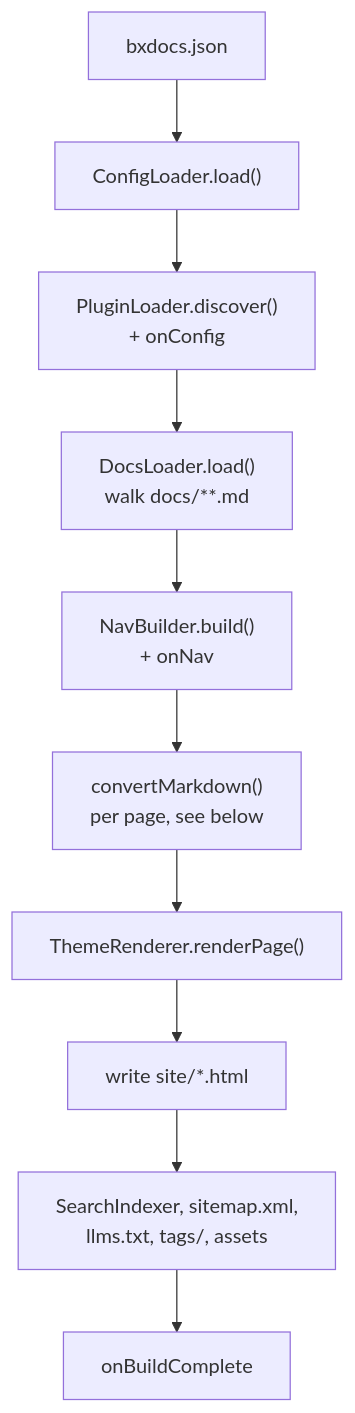
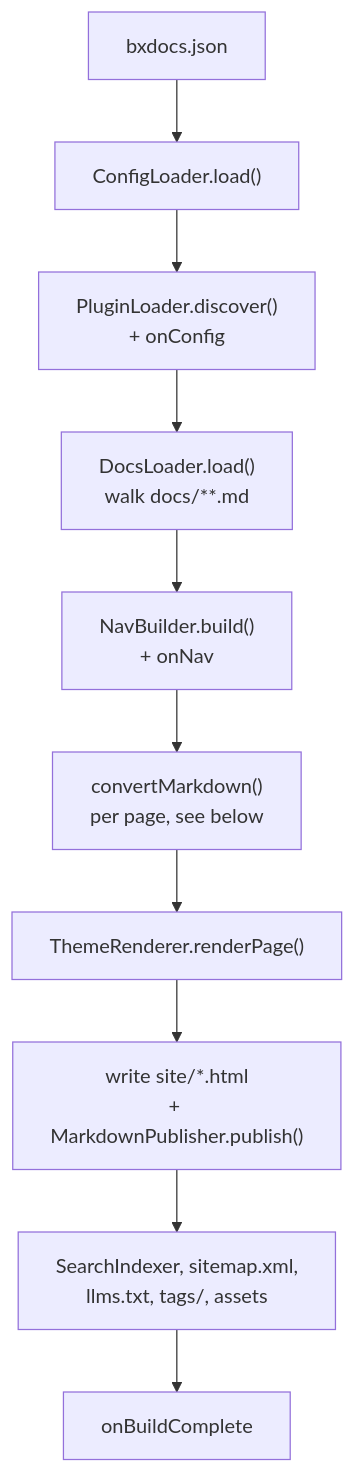
Before and after one commit to ortus-boxlang/bx-sites: the first of 2 diagrams in MODULE_SPEC.md, drawn with Mermaid. The commit also changed other lines of this file and 13 other files, not shown here.

````diff
--- a/MODULE_SPEC.md
+++ b/MODULE_SPEC.md
@@ -66,12 +66,12 @@
 ```mermaid
 flowchart TD
     A["bxdocs.json"] --> B["ConfigLoader.load()"]
     B --> C["PluginLoader.discover()\n+ onConfig"]
     C --> D["DocsLoader.load()\nwalk docs/**.md"]
     D --> E["NavBuilder.build()\n+ onNav"]
     E --> F["convertMarkdown()\nper page, see below"]
     F --> G["ThemeRenderer.renderPage()"]
-    G --> H["write site/*.html"]
+    G --> H["write site/*.html\n+ MarkdownPublisher.publish()"]
     H --> I["SearchIndexer, sitemap.xml,\nllms.txt, tags/, assets"]
     I --> J["onBuildComplete"]
 ```
````
